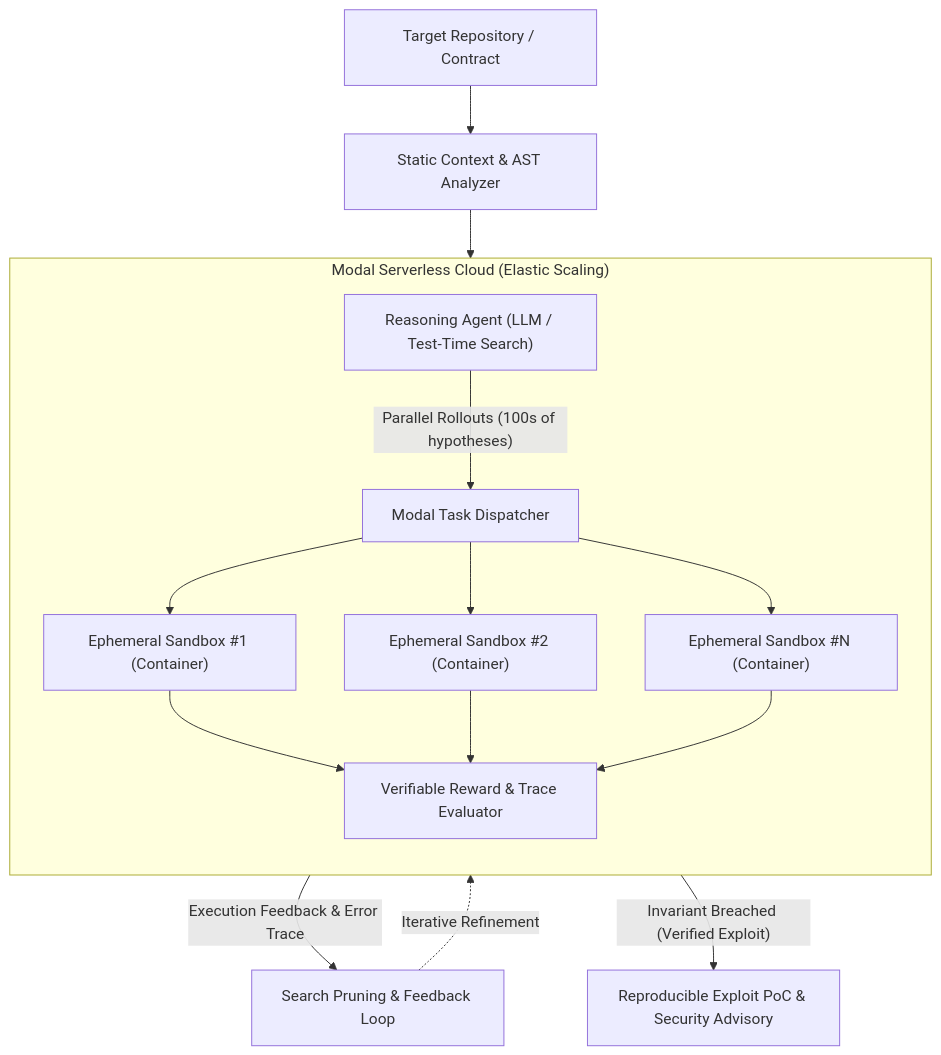
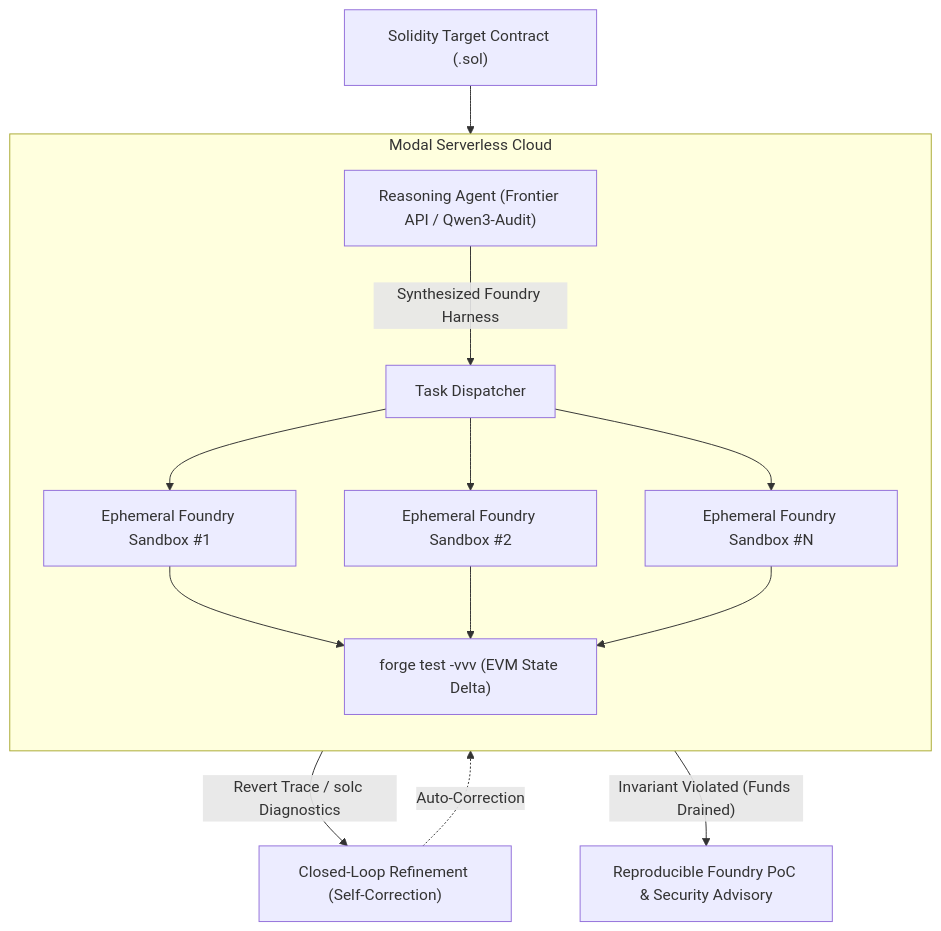
The diagram in README.md (NeuBeginner/Agentic-security-RLVR), drawn with Mermaid before and after one commit. The commit also changed other lines of this file and 5 other files, not shown here.

Commit message:
Integrate Foundry/EVM execution sandboxes and Solidity target benchmark

````diff
--- a/README.md
+++ b/README.md
@@ -25,22 +25,20 @@
 ```mermaid
 flowchart TD
-    TargetCode["Target Repository / Contract"] --> Analyzer["Static Context & AST Analyzer"]
-    Analyzer --> Generator["Reasoning Agent (LLM / Test-Time Search)"]
+    TargetContract["Solidity Target Contract (.sol)"] --> Agent["Reasoning Agent (Frontier API / Qwen3-Audit)"]
     
-    subgraph ModalCloud["Modal Serverless Cloud (Elastic Scaling)"]
+    subgraph ModalCloud["Modal Serverless Cloud"]
         direction TB
-        Generator -->|"Parallel Rollouts (100s of hypotheses)"| Dispatcher["Modal Task Dispatcher"]
-        Dispatcher --> Box1["Ephemeral Sandbox #1 (Container)"]
-        Dispatcher --> Box2["Ephemeral Sandbox #2 (Container)"]
-        Dispatcher --> BoxN["Ephemeral Sandbox #N (Container)"]
+        Agent -->|"Synthesized Foundry Harness"| Dispatcher["Task Dispatcher"]
+        Dispatcher --> Box1["Ephemeral Foundry Sandbox #1"]
+        Dispatcher --> Box2["Ephemeral Foundry Sandbox #2"]
+        Dispatcher --> BoxN["Ephemeral Foundry Sandbox #N"]
         
-        Box1 --> Eval["Verifiable Reward & Trace Evaluator"]
-        Box2 --> Eval
-        BoxN --> Eval
+        Box1 --> Forge["forge test -vvv (EVM State Delta)"]
+        Box2 --> Forge
+        BoxN --> Forge
     end
     
-    Eval -->|"Execution Feedback & Error Trace"| Refinement["Search Pruning & Feedback Loop"]
-    Refinement -.->|"Iterative Refinement"| Generator
-    
-    Eval -->|"Invariant Breached (Verified Exploit)"| Report["Reproducible Exploit PoC & Security Advisory"]
+    Forge -->|"Revert Trace / solc Diagnostics"| Feedback["Closed-Loop Refinement (Self-Correction)"]
+    Feedback -.->|"Auto-Correction"| Agent
+    Forge -->|"Invariant Violated (Funds Drained)"| PoC["Reproducible Foundry PoC & Security Advisory"]
 ```
````
